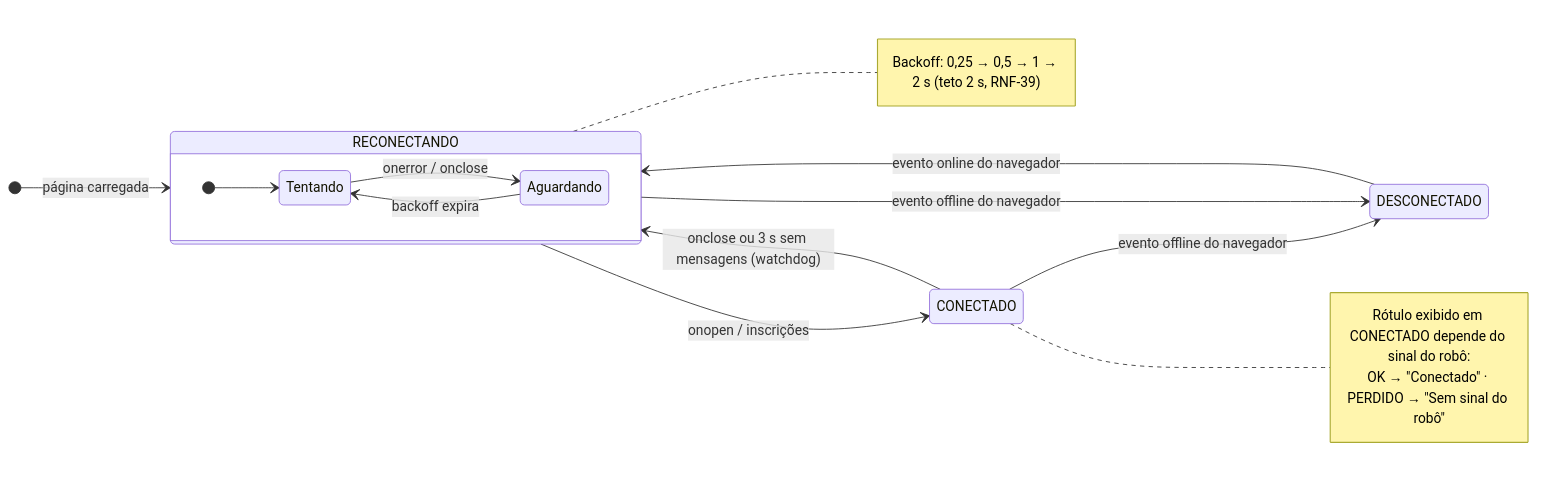
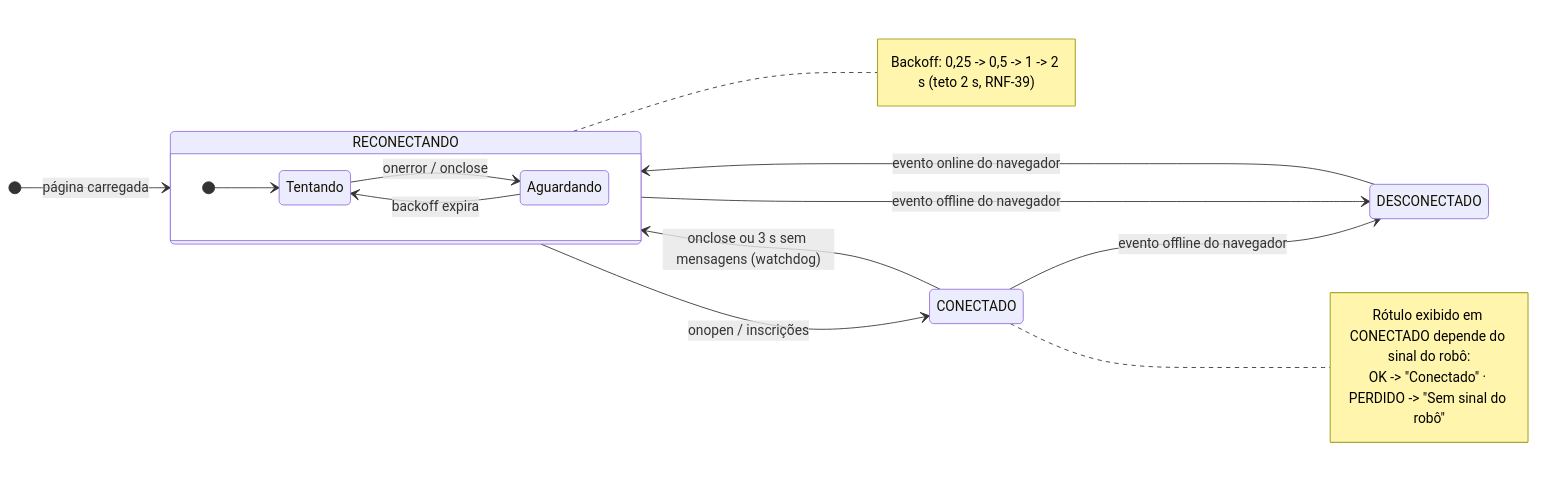
The diagram in docs/software/frontend/diagramas/arq-fe-04-estados-conexao.mmd (fcte-pi1/2026.2_PI1_Grupo1_Diogo), drawn with Mermaid before and after one commit. The commit also changed 31 other files, not shown here.

```diff
--- a/docs/software/frontend/diagramas/arq-fe-04-estados-conexao.mmd
+++ b/docs/software/frontend/diagramas/arq-fe-04-estados-conexao.mmd
@@ -1,26 +1,26 @@
 %% Visão lógica do frontend — máquina de estados da conexão painel ↔ backend (Issue #254)
 %% Renderizar: npx -p @mermaid-js/mermaid-cli mmdc -c mermaid-config.json -b white -i arq-fe-04-estados-conexao.mmd -s 2 -o arq-fe-04-estados-conexao.png
 stateDiagram-v2
     direction LR
     [*] --> RECONECTANDO : página carregada
 
     state RECONECTANDO {
         direction LR
         [*] --> Tentando
         Tentando --> Aguardando : onerror / onclose
         Aguardando --> Tentando : backoff expira
     }
 
     RECONECTANDO --> CONECTADO : onopen / inscrições
     CONECTADO --> RECONECTANDO : onclose ou 3 s sem mensagens (watchdog)
     RECONECTANDO --> DESCONECTADO : evento offline do navegador
     CONECTADO --> DESCONECTADO : evento offline do navegador
     DESCONECTADO --> RECONECTANDO : evento online do navegador
 
     note right of RECONECTANDO
-        Backoff: 0,25 → 0,5 → 1 → 2 s (teto 2 s, RNF-39)
+        Backoff: 0,25 -> 0,5 -> 1 -> 2 s (teto 2 s, RNF-39)
     end note
     note right of CONECTADO
         Rótulo exibido em CONECTADO depende do sinal do robô:
-        OK → "Conectado" · PERDIDO → "Sem sinal do robô"
+        OK -> "Conectado" · PERDIDO -> "Sem sinal do robô"
     end note
```
